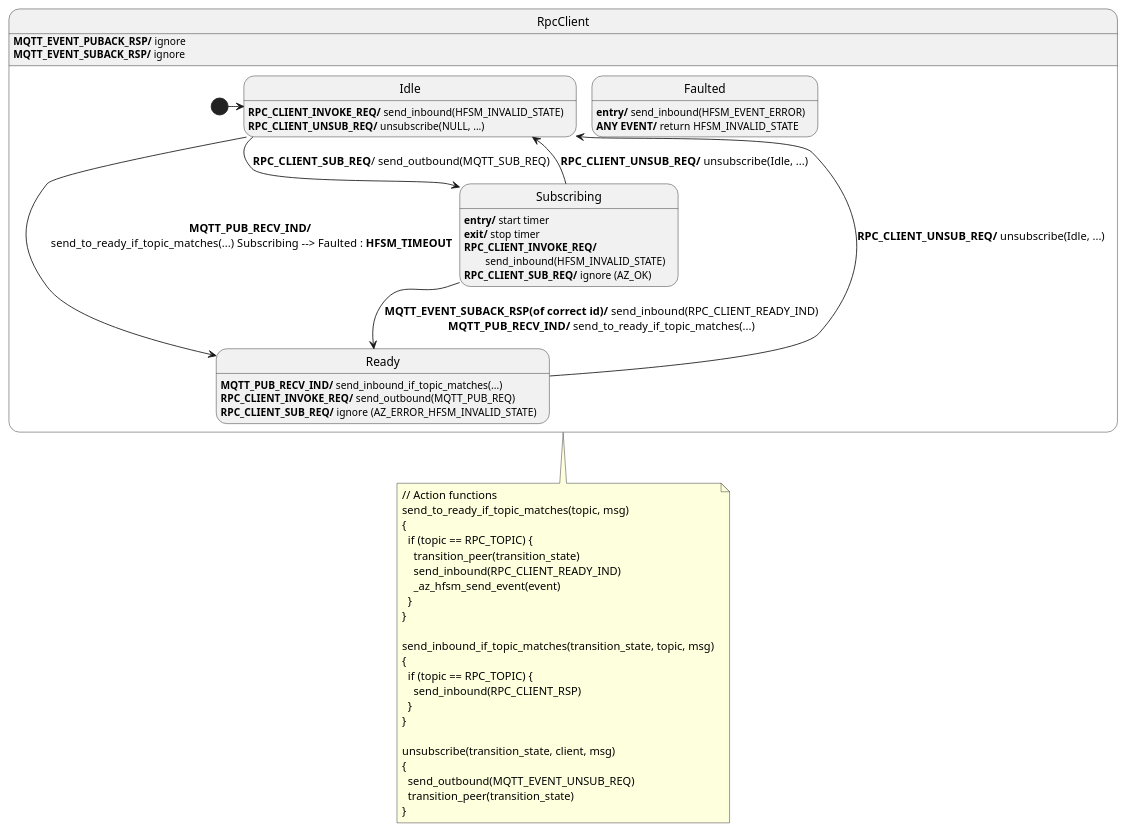
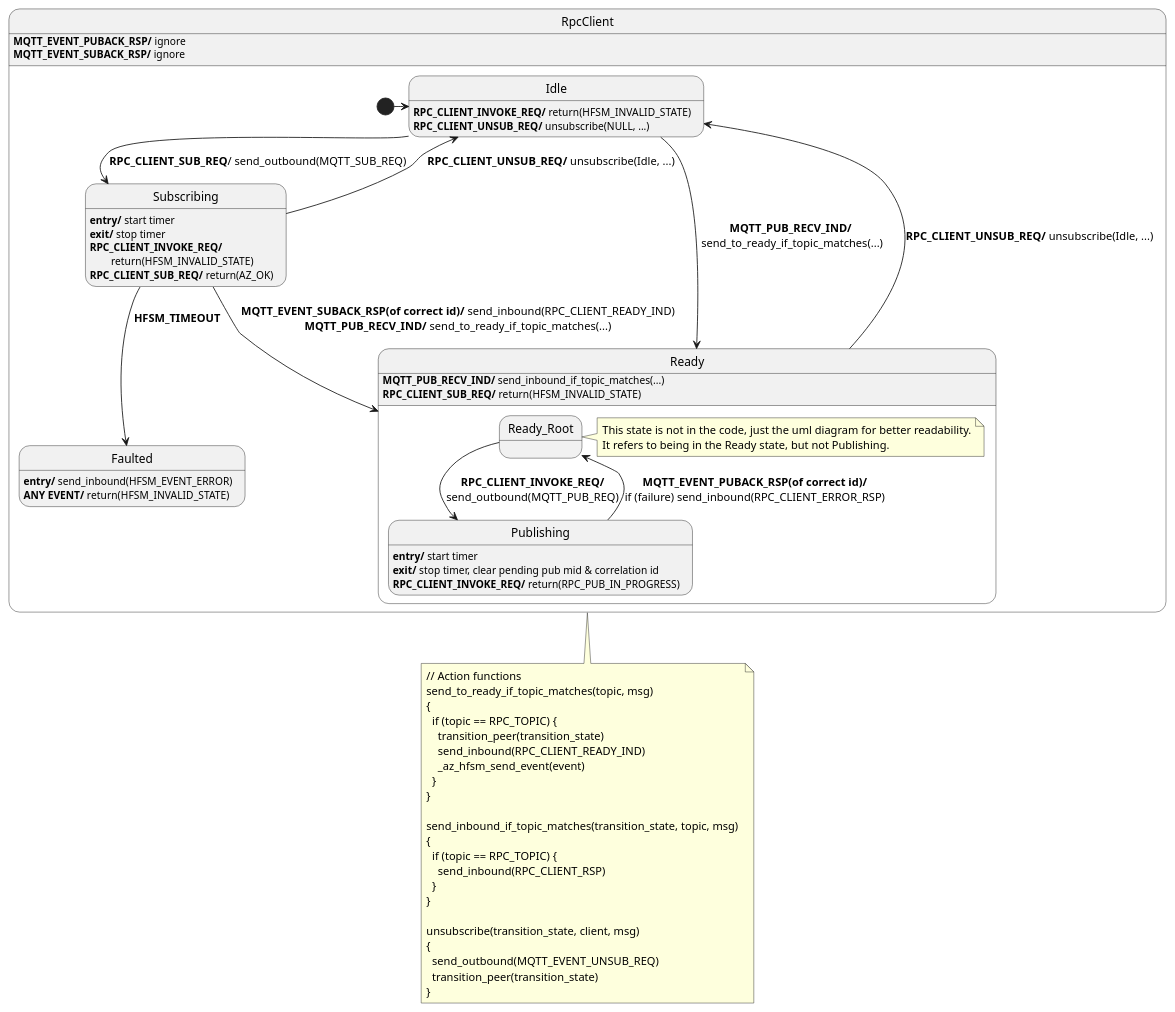
Before and after one commit to Azure/azure-sdk-for-c: the diagram in sdk/docs/core/rpc_client.puml, drawn with PlantUML. The commit also changed 9 other files, not shown here.

Commit message:
move puback handling and pub mid tracking to the hfsm instead of the application. Adds new limitation of only 1 outstanding pub at a time until the puback is received

```diff
--- a/sdk/docs/core/rpc_client.puml
+++ b/sdk/docs/core/rpc_client.puml
@@ -1,64 +1,77 @@
 @startuml
 ' ignore these as handled outside of this diagram: MQTT_EVENT_CONNECT_REQ, MQTT_EVENT_CONNECT_RSP, MQTT_EVENT_DISCONNECT_REQ, MQTT_EVENT_DISCONNECT_RSP
 ' Assumptions:
 ' 0. Unknown events are forwarded (in their original direction, either inbound or outbound).
 ' 1. If RPC_CLIENT_READY_IND hasn't already been sent, RPC_CLIENT_SUB_REQ is guaranteed to respond with either RPC_CLIENT_READY_IND, or HFSM_EVENT_ERROR if the subscribe request timed out.
 ' 2. RPC_CLIENT_READY_IND will not be sent more than once unless the client unsubscribes or gets disconnected
 ' 3. RPC_CLIENT_INVOKE_REQ is guaranteed to respond with MQTT_EVENT_PUBACK_RSP if the API call succeeds (?)
 ' 4. send_inbound, send_outbound are used to send information to the app and network respectively.
 
 state RpcClient {
   state Idle
-  Idle : <b>RPC_CLIENT_INVOKE_REQ/</b> send_inbound(HFSM_INVALID_STATE)
+  Idle : <b>RPC_CLIENT_INVOKE_REQ/</b> return(HFSM_INVALID_STATE)
   Idle : <b>RPC_CLIENT_UNSUB_REQ/</b> unsubscribe(NULL, ...)
 
   state Faulted
   Faulted : <b>entry/</b> send_inbound(HFSM_EVENT_ERROR)
-  Faulted : <b>ANY EVENT/</b> return HFSM_INVALID_STATE
+  Faulted : <b>ANY EVENT/</b> return(HFSM_INVALID_STATE)
     
   state Subscribing
   Subscribing : <b>entry/</b> start timer
   Subscribing : <b>exit/</b> stop timer
-  Subscribing : <b>RPC_CLIENT_INVOKE_REQ/</b>\n\tsend_inbound(HFSM_INVALID_STATE)
-  Subscribing : <b>RPC_CLIENT_SUB_REQ/</b> ignore (AZ_OK) 
+  Subscribing : <b>RPC_CLIENT_INVOKE_REQ/</b>\n\treturn(HFSM_INVALID_STATE)
+  Subscribing : <b>RPC_CLIENT_SUB_REQ/</b> return(AZ_OK) 
   
-  state Ready
+  state Ready {
+    state Ready_Root
+    note right of Ready_Root
+      This state is not in the code, just the uml diagram for better readability.
+      It refers to being in the Ready state, but not Publishing.
+    end note
+    state Publishing
+    Publishing : <b>entry/</b> start timer
+    Publishing : <b>exit/</b> stop timer, clear pending pub mid & correlation id
+    Publishing : <b>RPC_CLIENT_INVOKE_REQ/</b> return(RPC_PUB_IN_PROGRESS)
+
+    Ready_Root -> Publishing : <b>RPC_CLIENT_INVOKE_REQ/</b>\nsend_outbound(MQTT_PUB_REQ)
+    Publishing --> Ready_Root : <b>MQTT_EVENT_PUBACK_RSP(of correct id)/</b>\nif (failure) send_inbound(RPC_CLIENT_ERROR_RSP)
+  }
   Ready : <b>MQTT_PUB_RECV_IND/</b> send_inbound_if_topic_matches(...)
-  Ready : <b>RPC_CLIENT_INVOKE_REQ/</b> send_outbound(MQTT_PUB_REQ)
-  Ready : <b>RPC_CLIENT_SUB_REQ/</b> ignore (AZ_ERROR_HFSM_INVALID_STATE)
+  Ready : <b>RPC_CLIENT_SUB_REQ/</b> return(HFSM_INVALID_STATE)
 
   [*] -> Idle
   Idle --> Subscribing : <b>RPC_CLIENT_SUB_REQ</b>/ send_outbound(MQTT_SUB_REQ)
-  Idle -> Ready : <b>MQTT_PUB_RECV_IND/</b>\n send_to_ready_if_topic_matches(...)  Subscribing --> Faulted : <b>HFSM_TIMEOUT</b>
+  Idle --> Ready : <b>MQTT_PUB_RECV_IND/</b>\n send_to_ready_if_topic_matches(...)
+  Subscribing --> Faulted : <b>HFSM_TIMEOUT</b>
   Subscribing --> Ready : <b>MQTT_EVENT_SUBACK_RSP(of correct id)/</b> send_inbound(RPC_CLIENT_READY_IND)\n<b>MQTT_PUB_RECV_IND/</b> send_to_ready_if_topic_matches(...)
   Ready --> Idle : <b>RPC_CLIENT_UNSUB_REQ/</b> unsubscribe(Idle, ...)
   Subscribing --> Idle : <b>RPC_CLIENT_UNSUB_REQ/</b> unsubscribe(Idle, ...)
 
 }
 RpcClient : <b>MQTT_EVENT_PUBACK_RSP/</b> ignore
 RpcClient : <b>MQTT_EVENT_SUBACK_RSP/</b> ignore
 note bottom of RpcClient
   // Action functions
   send_to_ready_if_topic_matches(topic, msg) 
   {
     if (topic == RPC_TOPIC) {
       transition_peer(transition_state)
       send_inbound(RPC_CLIENT_READY_IND)
       _az_hfsm_send_event(event)
     }
   }
 
   send_inbound_if_topic_matches(transition_state, topic, msg) 
   {
     if (topic == RPC_TOPIC) {
       send_inbound(RPC_CLIENT_RSP)
     }
   }
 
   unsubscribe(transition_state, client, msg) 
   {
     send_outbound(MQTT_EVENT_UNSUB_REQ)
     transition_peer(transition_state)
   }
 end note
 @enduml
```
